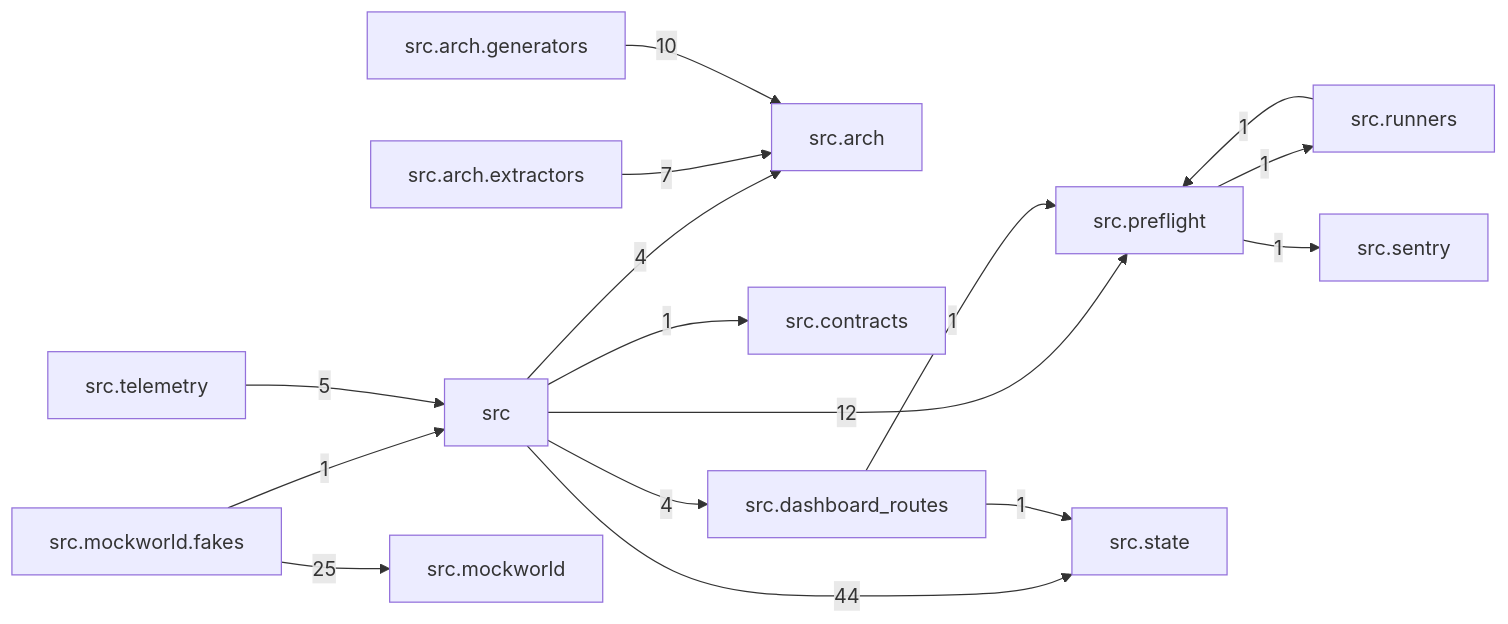
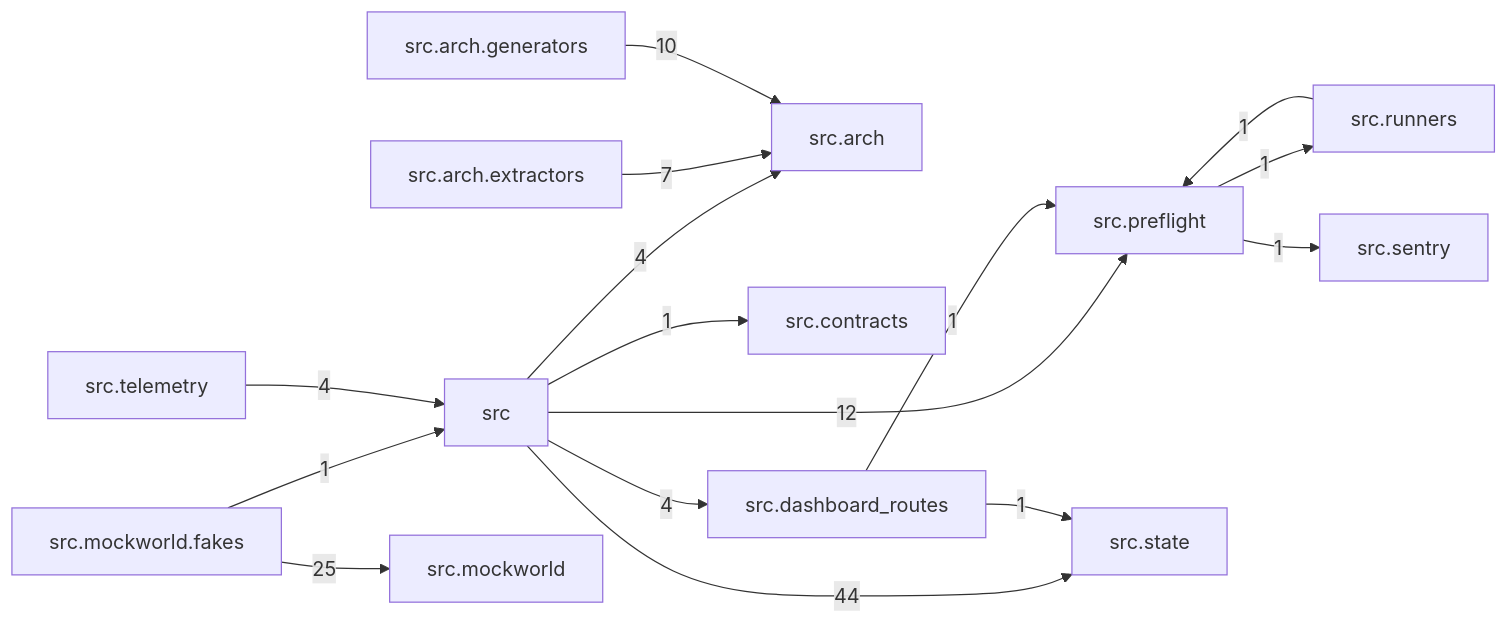
The diagram in docs/arch/generated/modules.md (T-rav/hyrdaflow), drawn with Mermaid before and after one commit. The commit also changed other lines of this file and 12 other files, not shown here.

````diff
--- a/docs/arch/generated/modules.md
+++ b/docs/arch/generated/modules.md
@@ -7,31 +7,31 @@
 ```mermaid
 graph LR
     src["src"]
     src_arch["src.arch"]
     src_arch_extractors["src.arch.extractors"]
     src_arch_generators["src.arch.generators"]
     src_contracts["src.contracts"]
     src_dashboard_routes["src.dashboard_routes"]
     src_mockworld["src.mockworld"]
     src_mockworld_fakes["src.mockworld.fakes"]
     src_preflight["src.preflight"]
     src_runners["src.runners"]
     src_sentry["src.sentry"]
     src_state["src.state"]
     src_telemetry["src.telemetry"]
     src -- "4" --> src_arch
     src -- "1" --> src_contracts
     src -- "4" --> src_dashboard_routes
     src -- "12" --> src_preflight
     src -- "44" --> src_state
     src_arch_extractors -- "7" --> src_arch
     src_arch_generators -- "10" --> src_arch
     src_dashboard_routes -- "1" --> src_preflight
     src_dashboard_routes -- "1" --> src_state
     src_mockworld_fakes -- "1" --> src
     src_mockworld_fakes -- "25" --> src_mockworld
     src_preflight -- "1" --> src_runners
     src_preflight -- "1" --> src_sentry
     src_runners -- "1" --> src_preflight
-    src_telemetry -- "5" --> src
+    src_telemetry -- "4" --> src
 ```
````
